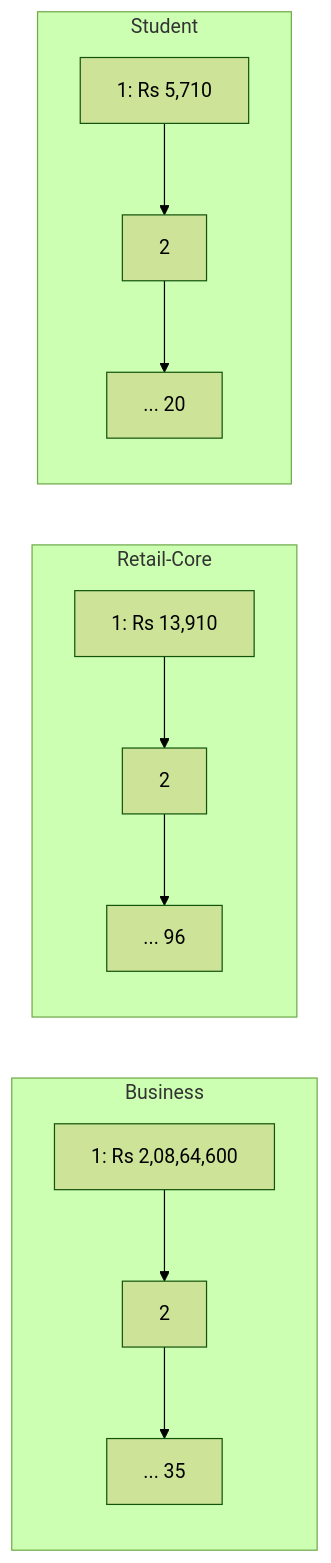
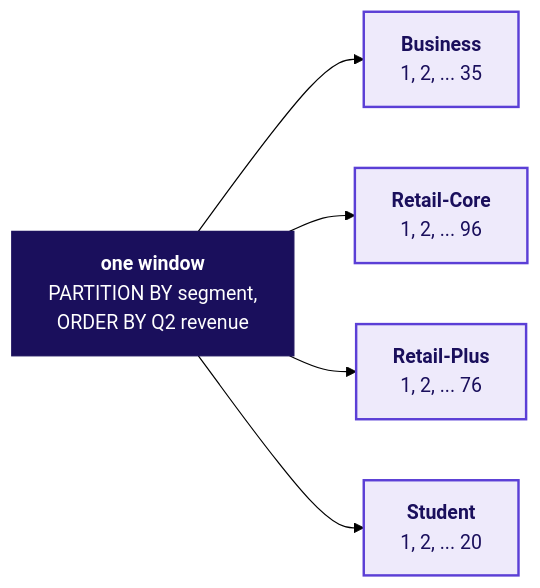
The third of 5 diagrams in content/W02/D3/study-notes/C2_W02_D03_notes_STUDENT.md (fde-academy-lab/c2-content-factory), drawn with Mermaid (forest theme) before and after one commit. The commit also changed other lines of this file and 7 other files, not shown here.

````diff
--- a/content/W02/D3/study-notes/C2_W02_D03_notes_STUDENT.md
+++ b/content/W02/D3/study-notes/C2_W02_D03_notes_STUDENT.md
@@ -125,12 +230,11 @@
 ```mermaid
 flowchart LR
-    subgraph B["Business"]
-      B1["1: Rs 2,08,64,600"] --> B2["2"] --> B3["... 35"]
-    end
-    subgraph C["Retail-Core"]
-      C1["1: Rs 13,910"] --> C2["2"] --> C3["... 96"]
-    end
-    subgraph S["Student"]
-      S1["1: Rs 5,710"] --> S2["2"] --> S3["... 20"]
-    end
+    W["<b>one window</b><br/>PARTITION BY segment,<br/>ORDER BY Q2 revenue"] --> B["<b>Business</b><br/>1, 2, ... 35"]
+    W --> C["<b>Retail-Core</b><br/>1, 2, ... 96"]
+    W --> P["<b>Retail-Plus</b><br/>1, 2, ... 76"]
+    W --> S["<b>Student</b><br/>1, 2, ... 20"]
+    classDef bet fill:#1A0F5C,stroke:#1A0F5C,color:#FFFFFF
+    classDef known fill:#EEEAFB,stroke:#5B3FD6,color:#1A0F5C,stroke-width:2px
+    class W bet
+    class B,C,P,S known
 ```
````
